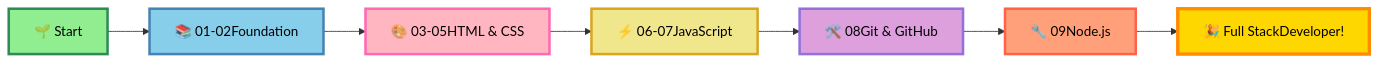
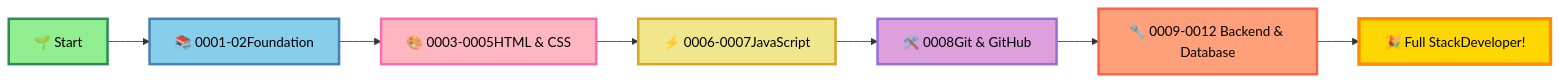
The diagram in README.md (ranichandnirani/Complete-Web-Development-step-by-step), drawn with Mermaid before and after one commit. The commit also changed other lines of this file, not shown here.

````diff
--- a/README.md
+++ b/README.md
@@ -185,17 +195,17 @@
 ```mermaid
 graph LR
-    A[🌱 Start] --> B[📚 01-02Foundation]
-    B --> C[🎨 03-05HTML & CSS]
-    C --> D[⚡ 06-07JavaScript]
-    D --> E[🛠️ 08Git & GitHub]
-    E --> F[🔧 09Node.js]
+    A[🌱 Start] --> B[📚 0001-02Foundation]
+    B --> C[🎨 0003-0005HTML & CSS]
+    C --> D[⚡ 0006-0007JavaScript]
+    D --> E[🛠️ 0008Git & GitHub]
+    E --> F[🔧 0009-0012 Backend & Database]
     F --> G[🎉 Full StackDeveloper!]
     
     style A fill:#90EE90,stroke:#2E8B57,stroke-width:3px,color:#000
     style B fill:#87CEEB,stroke:#4682B4,stroke-width:3px,color:#000
     style C fill:#FFB6C1,stroke:#FF69B4,stroke-width:3px,color:#000
     style D fill:#F0E68C,stroke:#DAA520,stroke-width:3px,color:#000
     style E fill:#DDA0DD,stroke:#9370DB,stroke-width:3px,color:#000
     style F fill:#FFA07A,stroke:#FF6347,stroke-width:3px,color:#000
     style G fill:#FFD700,stroke:#FF8C00,stroke-width:4px,color:#000
 ```
````
